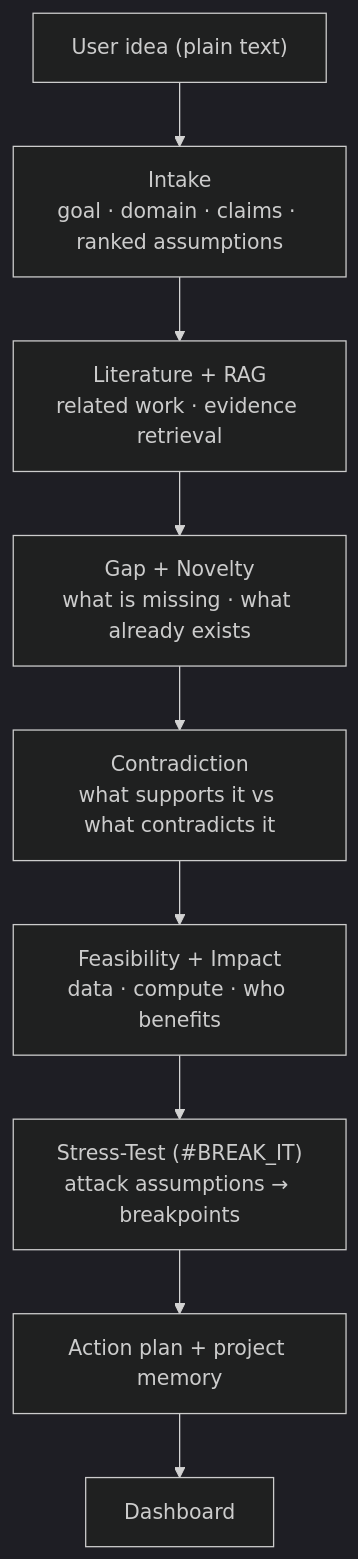
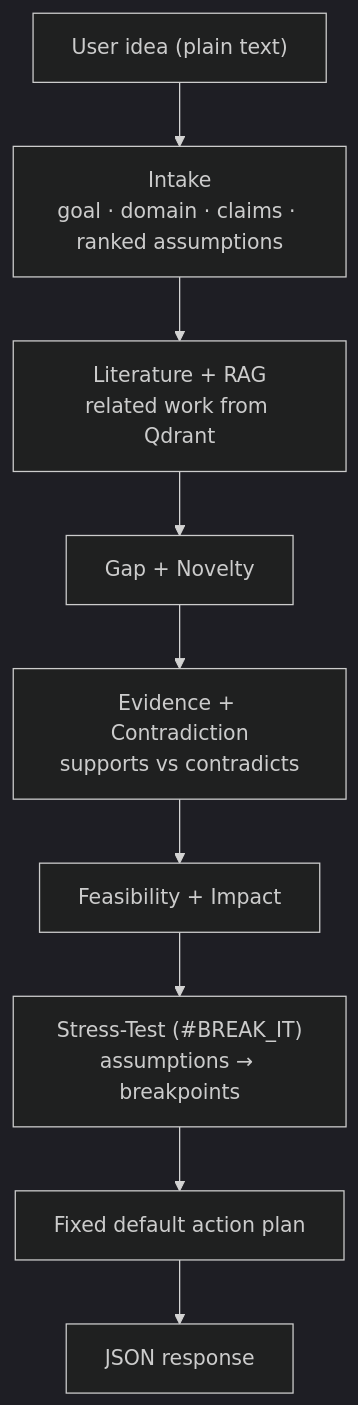
One commit to ria0304/ARGUS-Your-idea-Under-scrutiny changed the first of 2 diagrams in README.md. Above: the diagram before and after it, drawn with Mermaid (dark theme). The commit also changed other lines of this file, not shown here.

````diff
--- a/README.md
+++ b/README.md
@@ -69,11 +78,11 @@
 ```mermaid
 flowchart TD
     A["User idea (plain text)"] --> B["Intake<br/>goal · domain · claims · ranked assumptions"]
-    B --> C["Literature + RAG<br/>related work · evidence retrieval"]
-    C --> D["Gap + Novelty<br/>what is missing · what already exists"]
-    D --> E["Contradiction<br/>what supports it vs what contradicts it"]
-    E --> F["Feasibility + Impact<br/>data · compute · who benefits"]
-    F --> G["Stress-Test (#BREAK_IT)<br/>attack assumptions → breakpoints"]
-    G --> H["Action plan + project memory"]
-    H --> I["Dashboard"]
+    B --> C["Literature + RAG<br/>related work from Qdrant"]
+    C --> D["Gap + Novelty"]
+    D --> E["Evidence + Contradiction<br/>supports vs contradicts"]
+    E --> F["Feasibility + Impact"]
+    F --> G["Stress-Test (#BREAK_IT)<br/>assumptions → breakpoints"]
+    G --> H["Fixed default action plan"]
+    H --> I["JSON response"]
 ```
````
